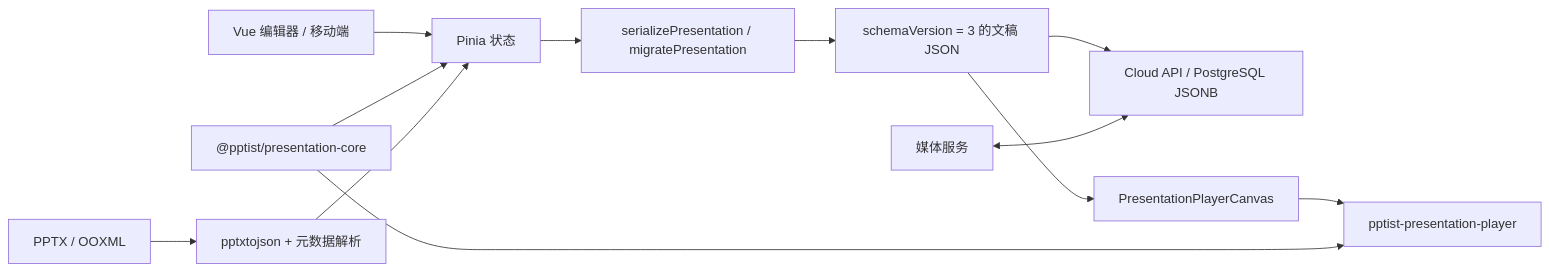
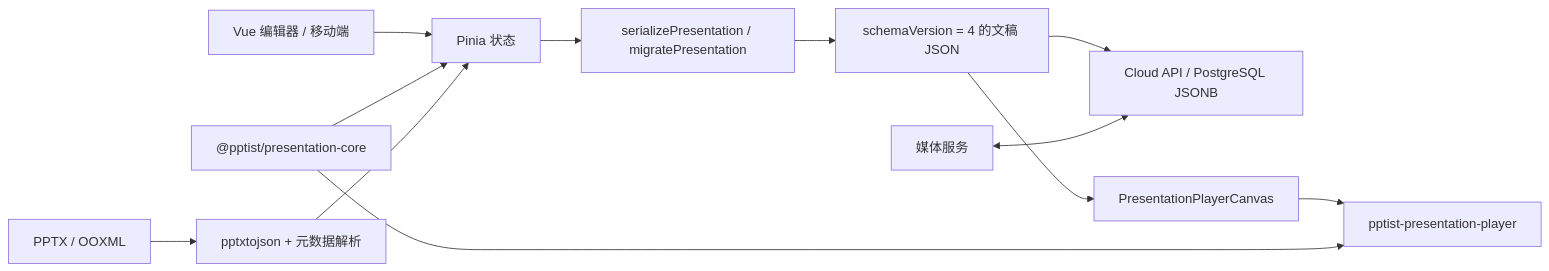
The diagram in docs/development-guide.md (alien1484929973-max/PPTist), drawn with Mermaid before and after one commit. The commit also changed other lines of this file and 32 other files, not shown here.

````diff
--- a/docs/development-guide.md
+++ b/docs/development-guide.md
@@ -22,14 +22,14 @@
 ```mermaid
 flowchart LR
   UI["Vue 编辑器 / 移动端"] --> Store["Pinia 状态"]
   Store --> Serialize["serializePresentation / migratePresentation"]
-  Serialize --> JSON["schemaVersion = 3 的文稿 JSON"]
+  Serialize --> JSON["schemaVersion = 4 的文稿 JSON"]
   JSON --> Cloud["Cloud API / PostgreSQL JSONB"]
   JSON --> Adapter["PresentationPlayerCanvas"]
   Adapter --> Player["pptist-presentation-player"]
   Core["@pptist/presentation-core"] --> Store
   Core --> Player
   PPTX["PPTX / OOXML"] --> Import["pptxtojson + 元数据解析"]
   Import --> Store
   Media["媒体服务"] <--> Cloud
 ```
````
